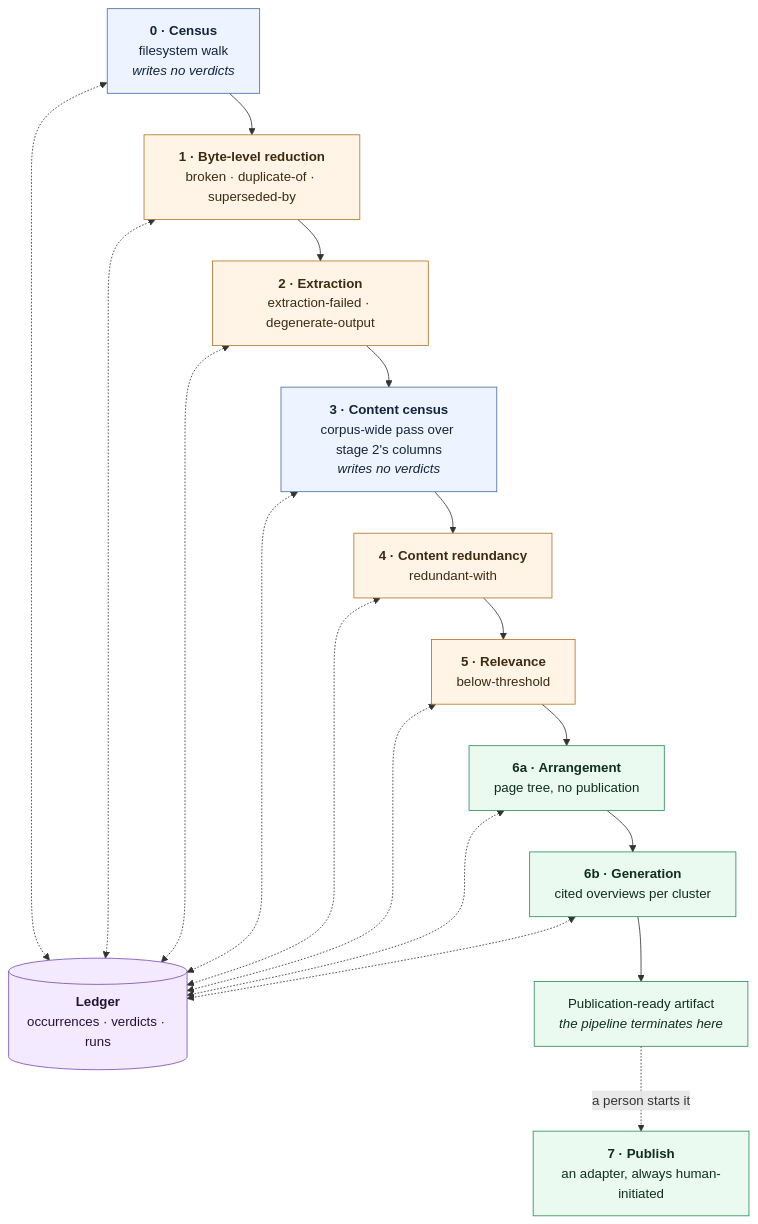
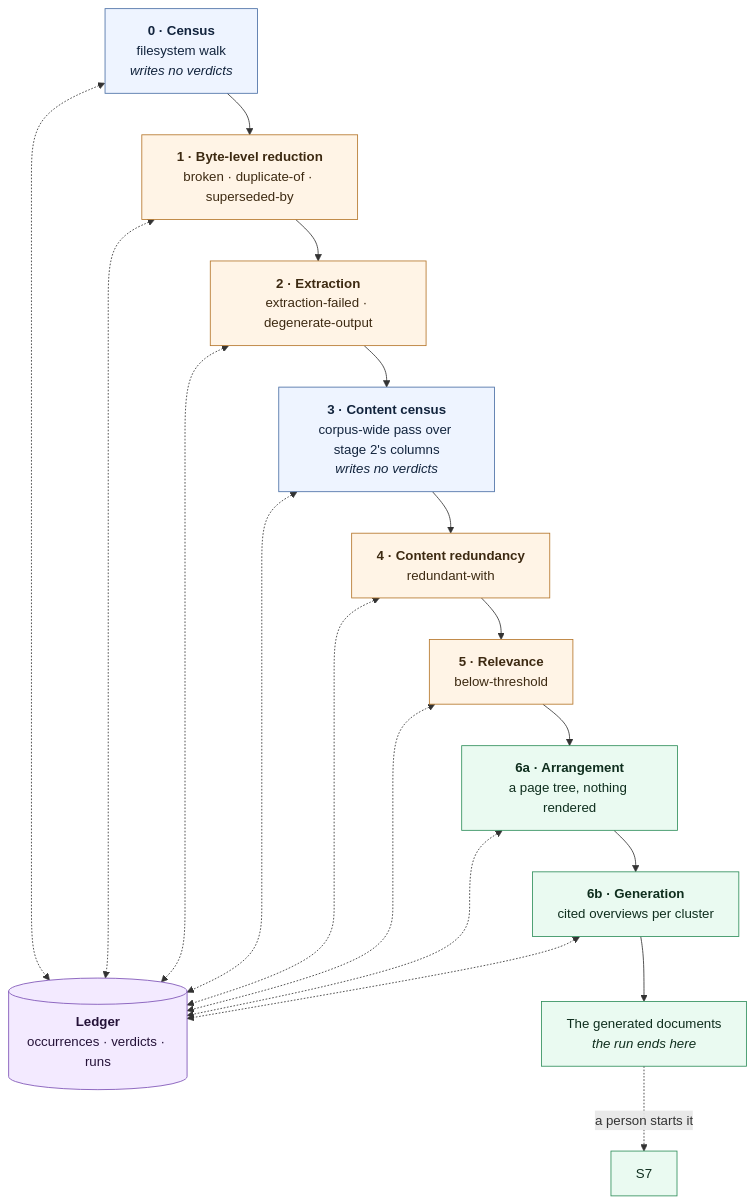
The first of 6 diagrams in docs/architecture.md (algernon28/vespera), drawn with Mermaid before and after one commit. The commit also changed other lines of this file and 12 other files, not shown here.

````diff
--- a/docs/architecture.md
+++ b/docs/architecture.md
@@ -36,35 +35,34 @@
 ```mermaid
 flowchart TD
     S0["<b>0 · Census</b><br/>filesystem walk<br/><i>writes no verdicts</i>"]
     S1["<b>1 · Byte-level reduction</b><br/>broken · duplicate-of · superseded-by"]
     S2["<b>2 · Extraction</b><br/>extraction-failed · degenerate-output"]
     S3["<b>3 · Content census</b><br/>corpus-wide pass over stage 2's columns<br/><i>writes no verdicts</i>"]
     S4["<b>4 · Content redundancy</b><br/>redundant-with"]
     S5["<b>5 · Relevance</b><br/>below-threshold"]
-    S6A["<b>6a · Arrangement</b><br/>page tree, no publication"]
+    S6A["<b>6a · Arrangement</b><br/>a page tree, nothing rendered"]
     S6B["<b>6b · Generation</b><br/>cited overviews per cluster"]
-    S7["<b>7 · Publish</b><br/>an adapter, always human-initiated"]
     LEDGER[("<b>Ledger</b><br/>occurrences · verdicts · runs")]
-    ART["Publication-ready artifact<br/><i>the pipeline terminates here</i>"]
+    ART["The generated documents<br/><i>the run ends here</i>"]
 
     S0 --> S1 --> S2 --> S3 --> S4 --> S5 --> S6A --> S6B --> ART
     ART -. "a person starts it" .-> S7
 
     S0 <-.-> LEDGER
     S1 <-.-> LEDGER
     S2 <-.-> LEDGER
     S3 <-.-> LEDGER
     S4 <-.-> LEDGER
     S5 <-.-> LEDGER
     S6A <-.-> LEDGER
     S6B <-.-> LEDGER
 
     classDef measure fill:#eef4ff,stroke:#4a6fa5,color:#12243d
     classDef judge fill:#fff4e6,stroke:#b5762a,color:#3d2a12
     classDef out fill:#eafaf1,stroke:#2f8f5b,color:#0f2e1e
     classDef store fill:#f3eaff,stroke:#7a4fb5,color:#241238
     class S0,S3 measure
     class S1,S2,S4,S5 judge
     class S6A,S6B,S7,ART out
     class LEDGER store
 ```
````
